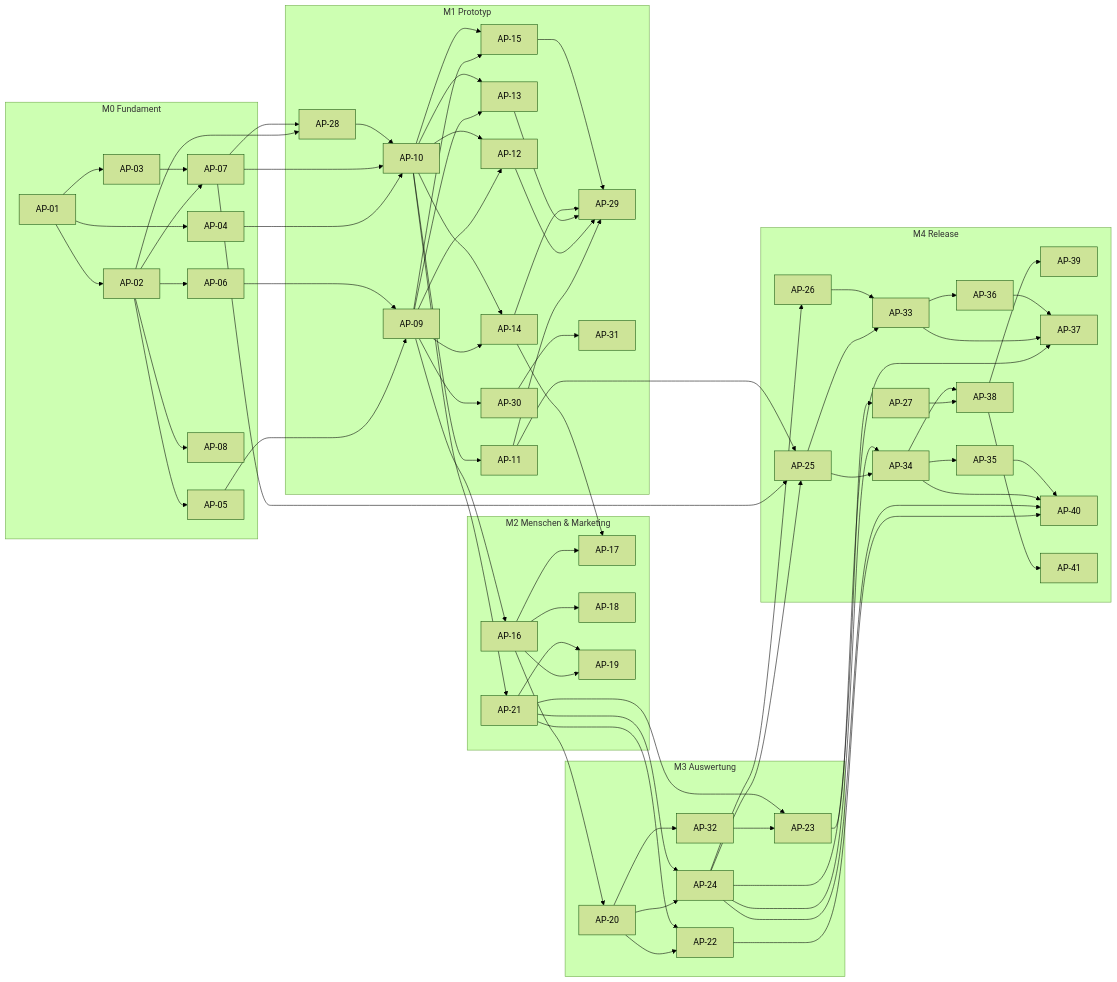
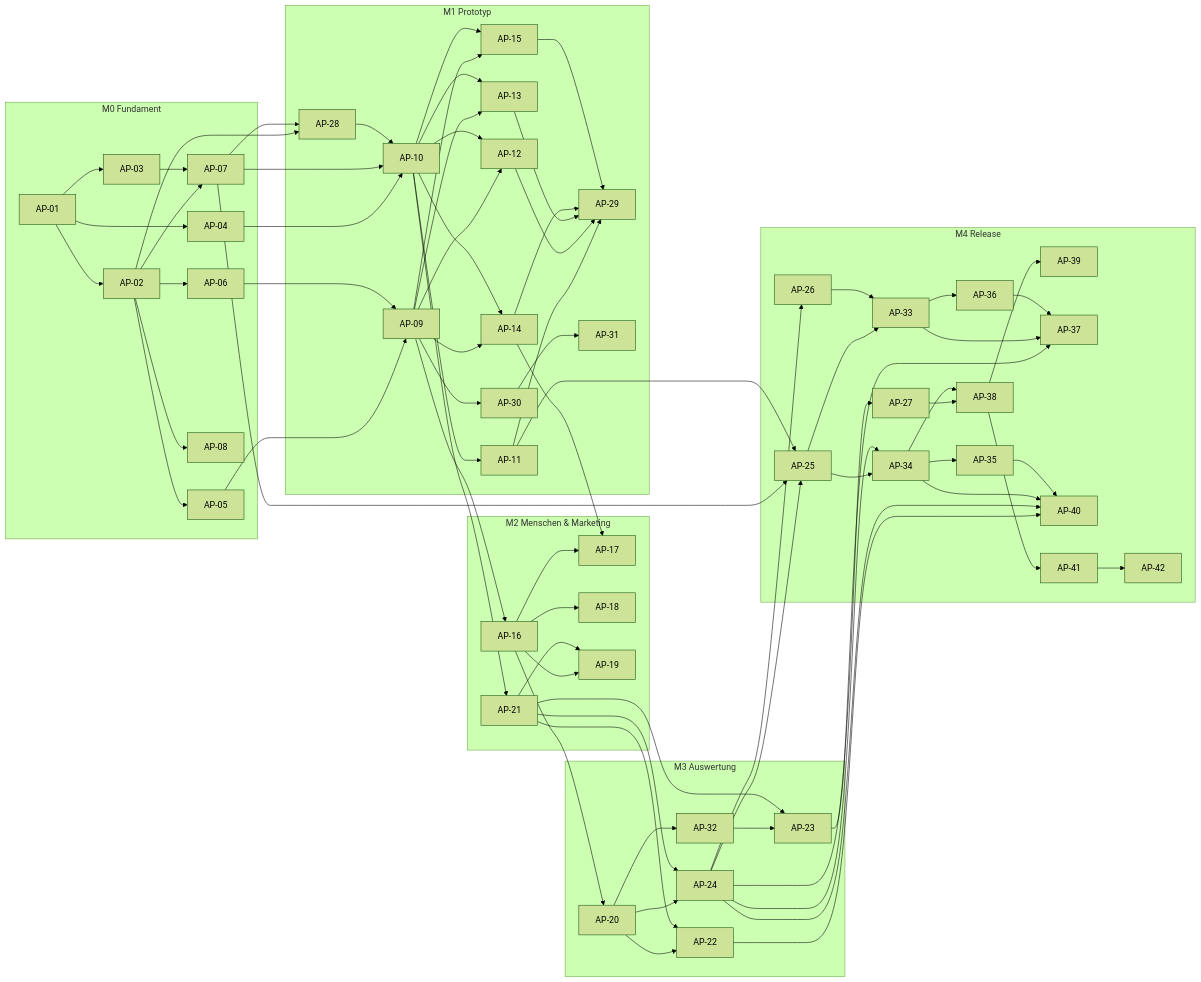
The third of 3 diagrams in docs/masterBuildPlan.md (CemDCoding/appManager), drawn with Mermaid (forest theme) before and after one commit. The commit also changed other lines of this file, not shown here.

````diff
--- a/docs/masterBuildPlan.md
+++ b/docs/masterBuildPlan.md
@@ -602,58 +605,60 @@
 ```mermaid
 flowchart LR
   subgraph M0["M0 Fundament"]
     AP01["AP-01"] --> AP02["AP-02"] & AP03["AP-03"] & AP04["AP-04"]
     AP02 --> AP05["AP-05"] & AP06["AP-06"] & AP07["AP-07"] & AP08["AP-08"]
     AP03 --> AP07
   end
   subgraph M1["M1 Prototyp"]
     AP09["AP-09"]
     AP28["AP-28"]
     AP10["AP-10"]
     AP09 & AP10 --> AP12["AP-12"] & AP13["AP-13"] & AP14["AP-14"] & AP15["AP-15"]
     AP10 --> AP11["AP-11"]
     AP11 & AP12 & AP13 & AP14 & AP15 --> AP29["AP-29"]
     AP09 --> AP30["AP-30"] --> AP31["AP-31"]
   end
   subgraph M2["M2 Menschen & Marketing"]
     AP16["AP-16"] --> AP17["AP-17"] & AP18["AP-18"] & AP19["AP-19"]
     AP21["AP-21"] --> AP19
   end
   subgraph M3["M3 Auswertung"]
     AP20["AP-20"] --> AP22["AP-22"] & AP24["AP-24"] & AP32["AP-32"]
     AP32 --> AP23["AP-23"]
   end
   AP21 --> AP22 & AP23 & AP24
   AP14 --> AP17
   subgraph M4["M4 Release"]
     AP25["AP-25"]
     AP26["AP-26"]
     AP27["AP-27"]
     AP33["AP-33"]
     AP34["AP-34"]
     AP35["AP-35"]
     AP36["AP-36"]
     AP38["AP-38"]
     AP39["AP-39"]
     AP37["AP-37"]
     AP40["AP-40"]
     AP41["AP-41"]
+    AP42["AP-42"]
   end
   AP05 & AP06 --> AP09
   AP02 & AP07 --> AP28
   AP04 & AP07 & AP28 --> AP10
   AP09 --> AP16 --> AP20
   AP10 --> AP21
   AP07 & AP11 --> AP25
   AP24 --> AP25 & AP26 & AP27
   AP25 --> AP33 & AP34
   AP26 --> AP33
   AP24 --> AP34
   AP34 --> AP35
   AP33 --> AP36
   AP27 & AP34 --> AP38
   AP38 --> AP39
   AP23 & AP33 & AP36 --> AP37
   AP22 & AP24 & AP34 & AP35 --> AP40
   AP38 --> AP41
+  AP41 --> AP42
 ```
````
